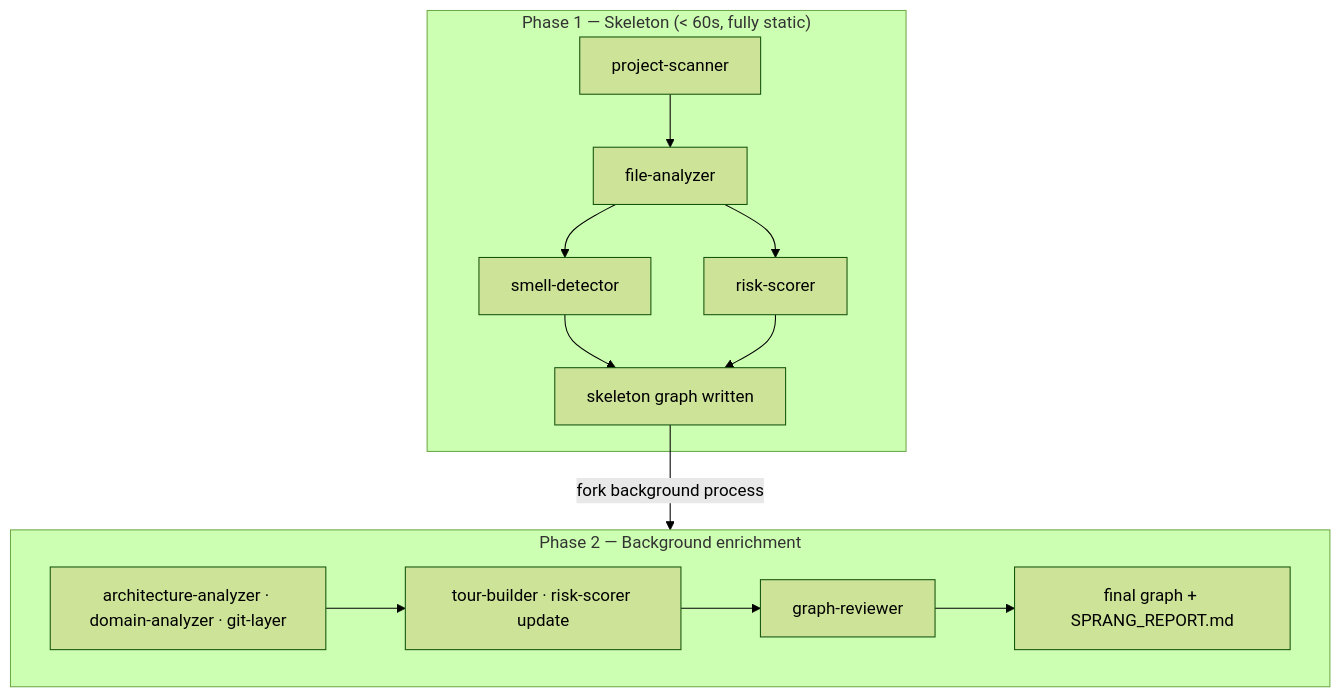
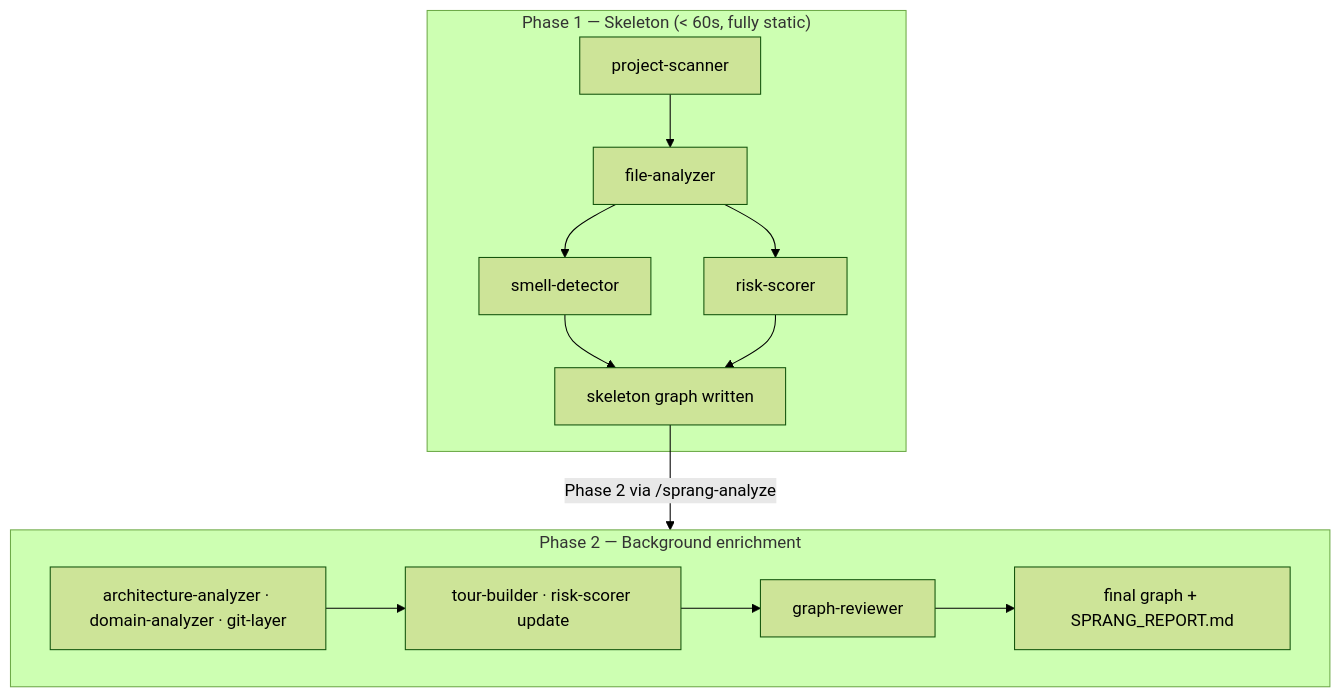
One commit to FavioVazquez/sprang changed the second of 3 diagrams in README.md. Above: the diagram before and after it, drawn with Mermaid (forest theme). The commit also changed other lines of this file, not shown here.

````diff
--- a/README.md
+++ b/README.md
@@ -373,16 +384,16 @@
 ```mermaid
 flowchart TB
     subgraph Phase1 ["Phase 1 — Skeleton (< 60s, fully static)"]
         PS[project-scanner] --> FA[file-analyzer]
         FA --> SD[smell-detector]
         FA --> RS[risk-scorer]
         SD --> SG[skeleton graph written]
         RS --> SG
     end
     subgraph Phase2 ["Phase 2 — Background enrichment"]
         G1[architecture-analyzer · domain-analyzer · git-layer] --> G2
         G2[tour-builder · risk-scorer update] --> GR[graph-reviewer]
         GR --> FG[final graph + SPRANG_REPORT.md]
     end
-    SG -->|"fork background process"| Phase2
+    SG -->|"Phase 2 via /sprang-analyze"| Phase2
 ```
````
